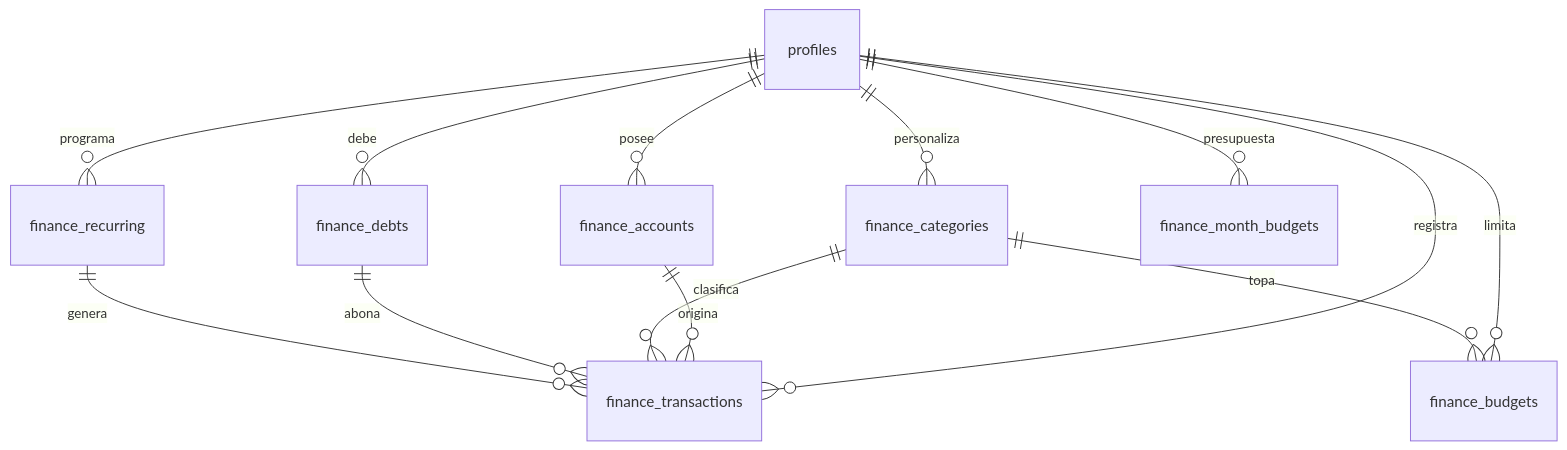
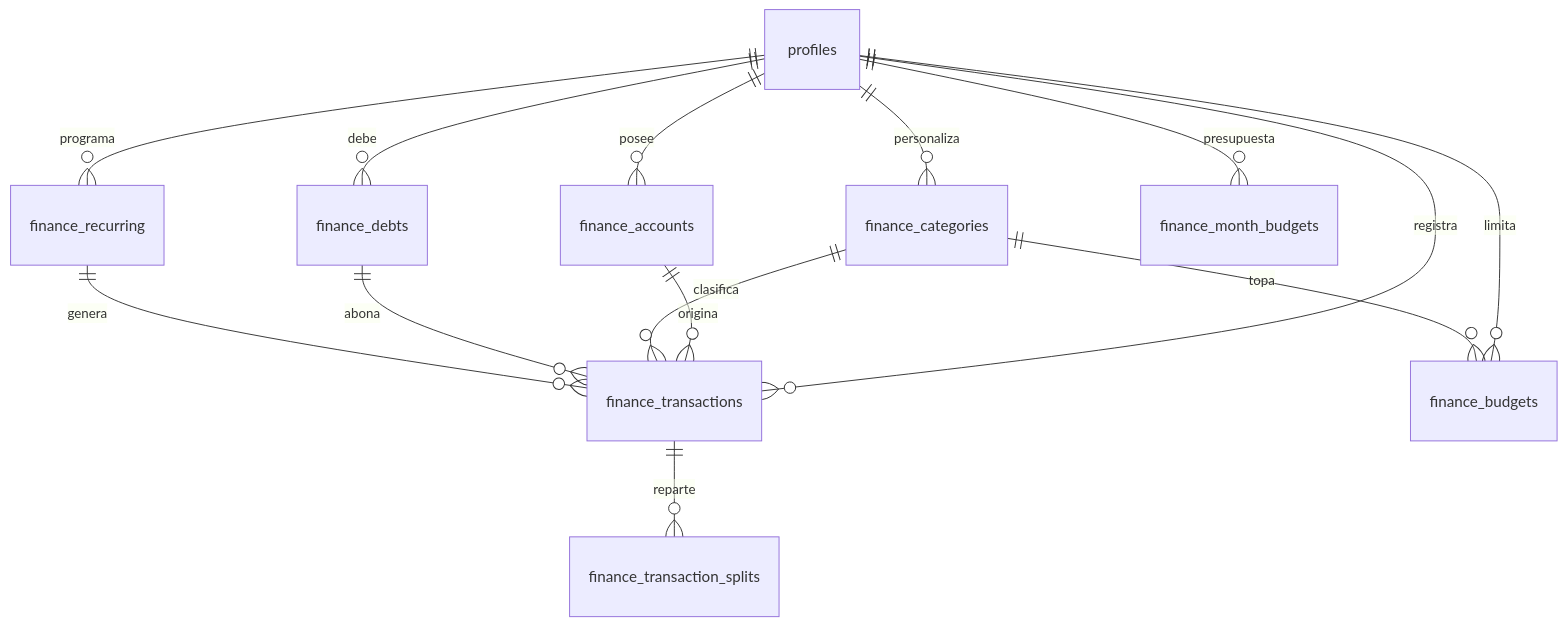
Before and after one commit to ccamilomc/nexus: the eighth of 8 diagrams in docs/04-modelo-de-datos.md, drawn with Mermaid. The commit also changed other lines of this file and 21 other files, not shown here.

````diff
--- a/docs/04-modelo-de-datos.md
+++ b/docs/04-modelo-de-datos.md
@@ -533,15 +542,16 @@
 ```mermaid
 erDiagram
     profiles ||--o{ finance_accounts : posee
     profiles ||--o{ finance_categories : personaliza
     profiles ||--o{ finance_transactions : registra
     profiles ||--o{ finance_debts : debe
     profiles ||--o{ finance_recurring : programa
     profiles ||--o{ finance_budgets : limita
     profiles ||--o{ finance_month_budgets : presupuesta
     finance_accounts ||--o{ finance_transactions : origina
     finance_categories ||--o{ finance_transactions : clasifica
     finance_categories ||--o{ finance_budgets : topa
+    finance_transactions ||--o{ finance_transaction_splits : reparte
     finance_debts ||--o{ finance_transactions : abona
     finance_recurring ||--o{ finance_transactions : genera
 ```
````
